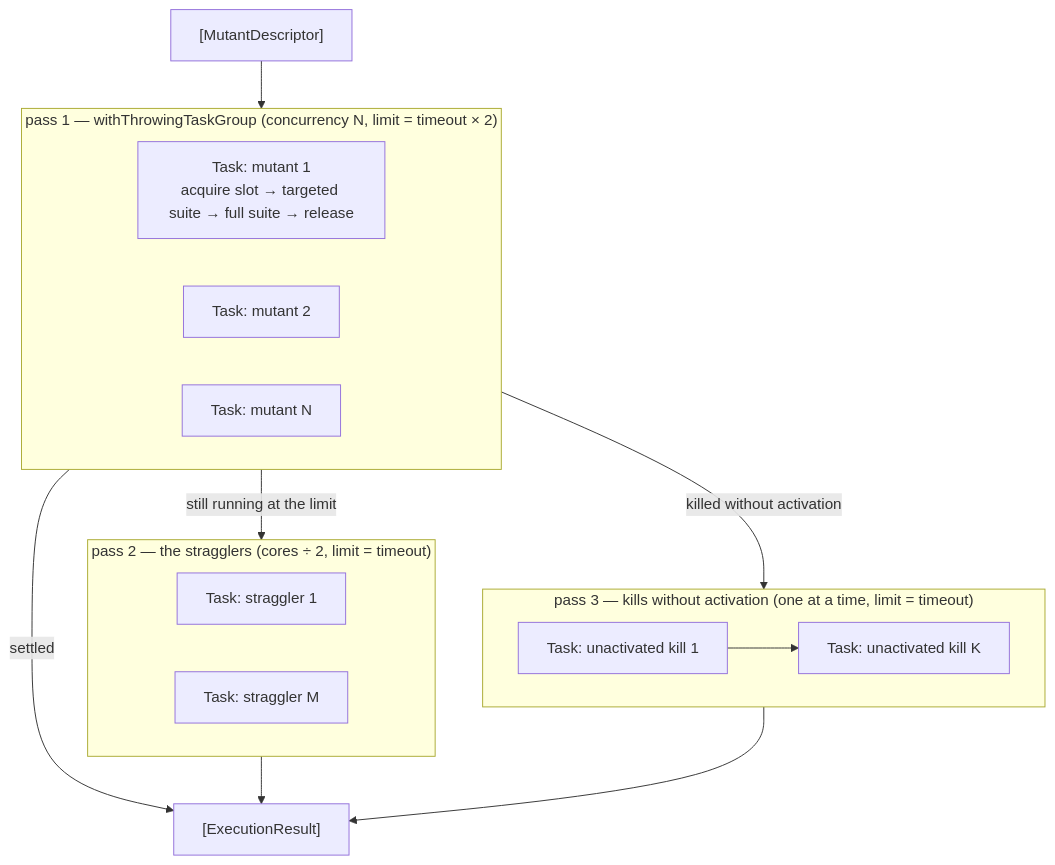
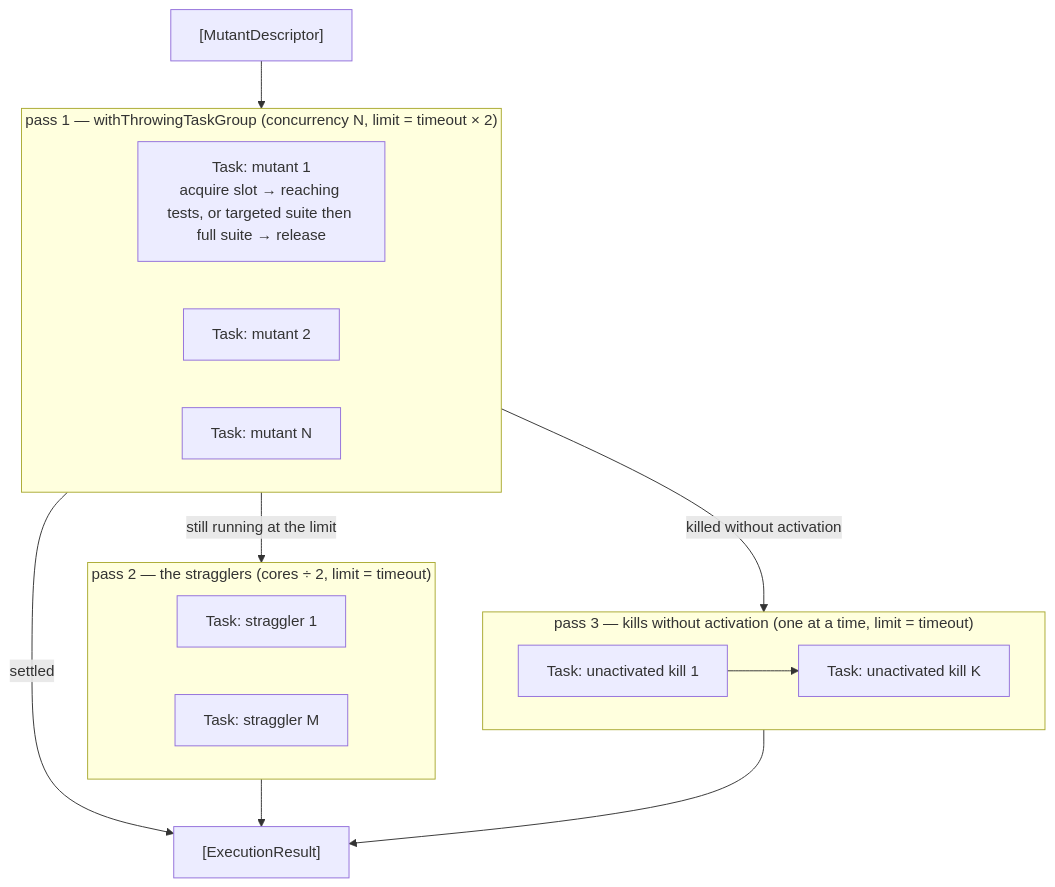
One commit to ericodx/swift-mutation-testing changed the third of 6 diagrams in Docs/Architecture/03-execution.md. Above: the diagram before and after it, drawn with Mermaid. The commit also changed other lines of this file and 6 other files, not shown here.

Commit message:
docs: check the architecture documents against the code and redraw the module map, entry point, pipeline and execution diagrams

````diff
--- a/Docs/Architecture/03-execution.md
+++ b/Docs/Architecture/03-execution.md
@@ -149,18 +158,18 @@
 ```mermaid
 flowchart TD
     MUTANTS["[MutantDescriptor]"] --> TG
     subgraph TG["pass 1 — withThrowingTaskGroup (concurrency N, limit = timeout × 2)"]
-        T1["Task: mutant 1\nacquire slot → targeted suite → full suite → release"] & T2["Task: mutant 2"] & T3["Task: mutant N"]
+        T1["Task: mutant 1\nacquire slot → reaching tests, or targeted suite then full suite → release"] & T2["Task: mutant 2"] & T3["Task: mutant N"]
     end
     TG -- settled --> RESULTS["[ExecutionResult]"]
     TG -- still running at the limit --> SG
     subgraph SG["pass 2 — the stragglers (cores ÷ 2, limit = timeout)"]
         S1["Task: straggler 1"] & S2["Task: straggler M"]
     end
     SG --> RESULTS
     TG -- killed without activation --> RG
     subgraph RG["pass 3 — kills without activation (one at a time, limit = timeout)"]
         R1["Task: unactivated kill 1"] --> R2["Task: unactivated kill K"]
     end
     RG --> RESULTS
 ```
````
